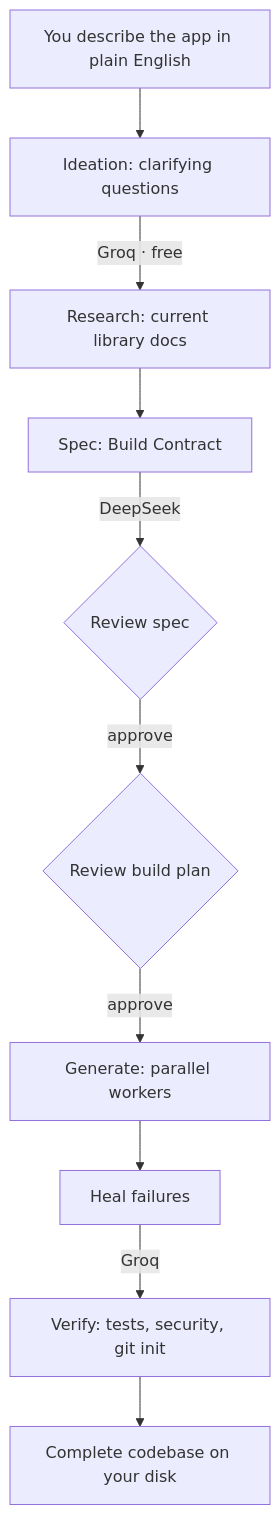
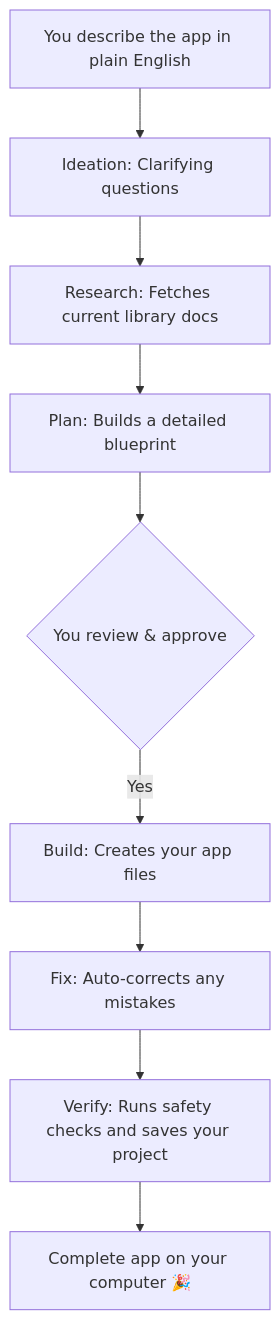
The diagram in README.md (sarv-projects/pragma_v1), drawn with Mermaid before and after one commit. The commit also changed other lines of this file and 20 other files, not shown here.

````diff
--- a/README.md
+++ b/README.md
@@ -192,12 +98,11 @@
 ```mermaid
 flowchart TD
-    A[You describe the app in plain English] --> B[Ideation: clarifying questions]
-    B -->|Groq · free| C[Research: current library docs]
-    C --> D[Spec: Build Contract]
-    D -->|DeepSeek| E{Review spec}
-    E -->|approve| F{Review build plan}
-    F -->|approve| G[Generate: parallel workers]
-    G --> H[Heal failures]
-    H -->|Groq| I[Verify: tests, security, git init]
-    I --> J[Complete codebase on your disk]
+    A[You describe the app in plain English] --> B[Ideation: Clarifying questions]
+    B --> C[Research: Fetches current library docs]
+    C --> D[Plan: Builds a detailed blueprint]
+    D --> E{You review & approve}
+    E -->|Yes| F[Build: Creates your app files]
+    F --> G[Fix: Auto-corrects any mistakes]
+    G --> H[Verify: Runs safety checks and saves your project]
+    H --> I[Complete app on your computer 🎉]
 ```
````
